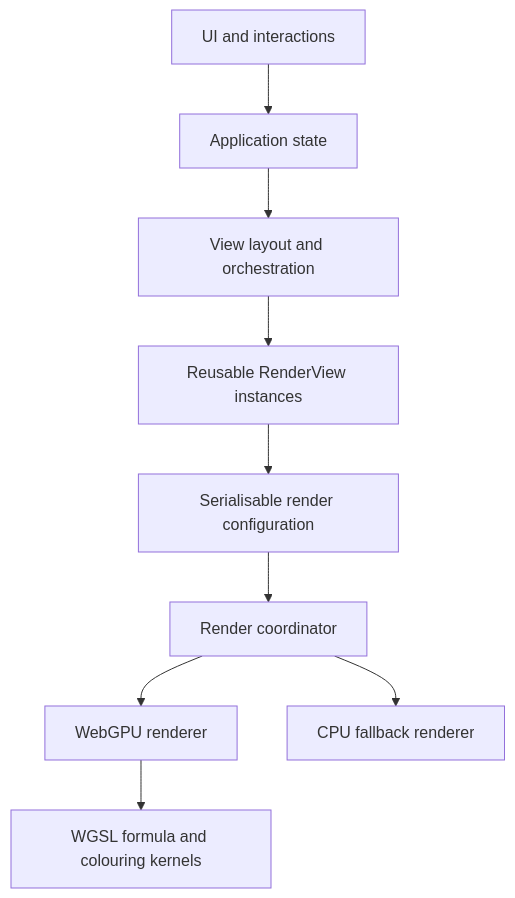
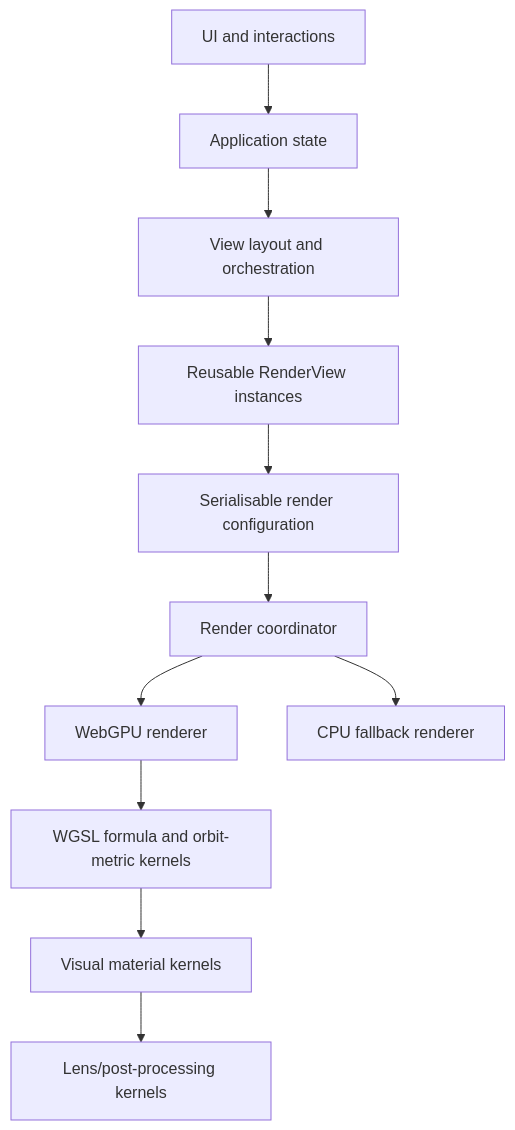
Before and after one commit to schnock-art/fractal_waypoints: the diagram in docs/ARCHITECTURE.md, drawn with Mermaid. The commit also changed other lines of this file and 36 other files, not shown here.

````diff
--- a/docs/ARCHITECTURE.md
+++ b/docs/ARCHITECTURE.md
@@ -5,11 +5,13 @@
 ```mermaid
 flowchart TD
   UI["UI and interactions"] --> STATE["Application state"]
   STATE --> LAYOUT["View layout and orchestration"]
   LAYOUT --> VIEW["Reusable RenderView instances"]
   VIEW --> CONFIG["Serialisable render configuration"]
   CONFIG --> COORD["Render coordinator"]
   COORD --> GPU["WebGPU renderer"]
   COORD --> CPU["CPU fallback renderer"]
-  GPU --> SHADER["WGSL formula and colouring kernels"]
+  GPU --> ORBIT["WGSL formula and orbit-metric kernels"]
+  ORBIT --> MATERIAL["Visual material kernels"]
+  MATERIAL --> LENS["Lens/post-processing kernels"]
 ```
````
